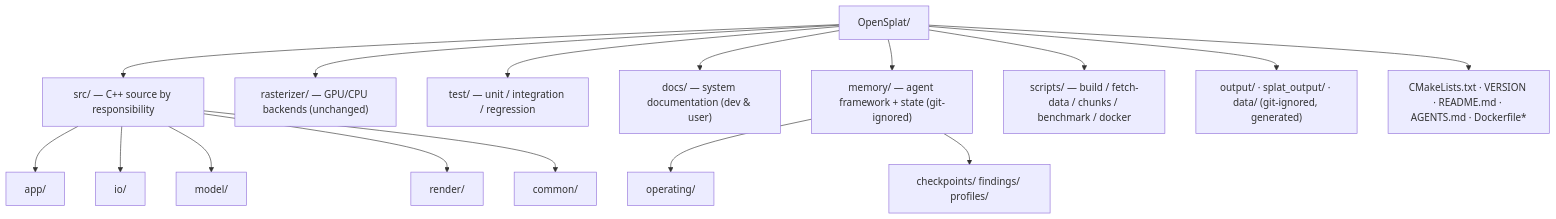
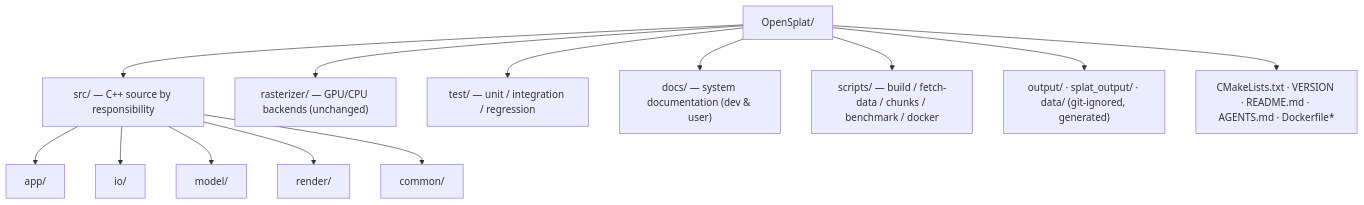
The diagram in docs/repo_organization.md (SeedeXR/OpenSplat), drawn with Mermaid before and after one commit. The commit also changed other lines of this file and 14 other files, not shown here.

````diff
--- a/docs/repo_organization.md
+++ b/docs/repo_organization.md
@@ -16,14 +16,12 @@
 ```mermaid
 flowchart TD
     ROOT["OpenSplat/"]
     ROOT --> SRC["src/ — C++ source by responsibility"]
     ROOT --> RAST["rasterizer/ — GPU/CPU backends (unchanged)"]
     ROOT --> TST["test/ — unit / integration / regression"]
     ROOT --> DOCS["docs/ — system documentation (dev & user)"]
-    ROOT --> MEM["memory/ — agent framework + state (git-ignored)"]
     ROOT --> SCR["scripts/ — build / fetch-data / chunks / benchmark / docker"]
     ROOT --> GEN["output/ · splat_output/ · data/ (git-ignored, generated)"]
     ROOT --> CM["CMakeLists.txt · VERSION · README.md · AGENTS.md · Dockerfile*"]
     SRC --> APP["app/"] & IO["io/"] & MODEL["model/"] & RENDER["render/"] & COMMON["common/"]
-    MEM --> OP["operating/"] & CHK["checkpoints/ findings/ profiles/"]
 ```
````
